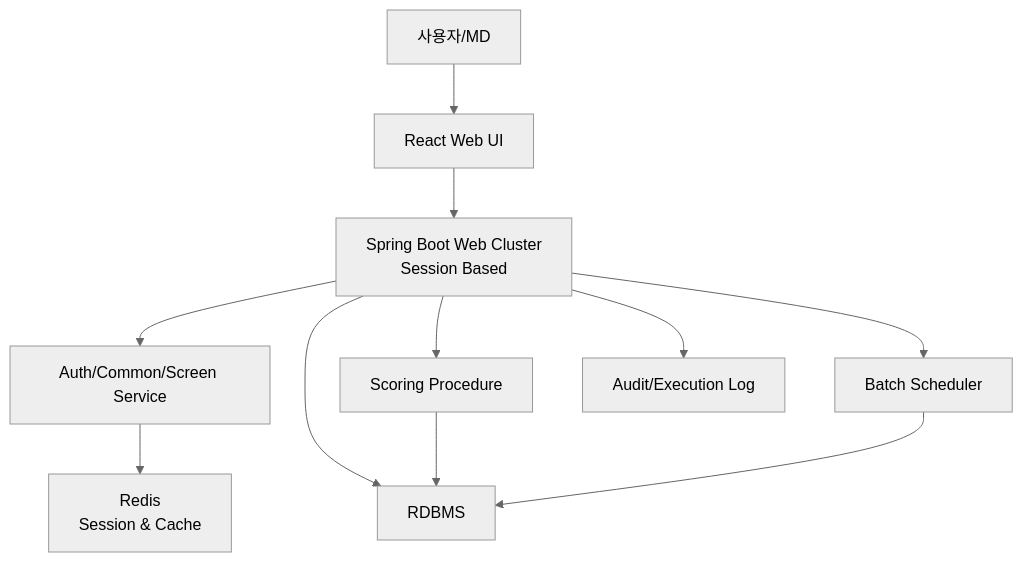
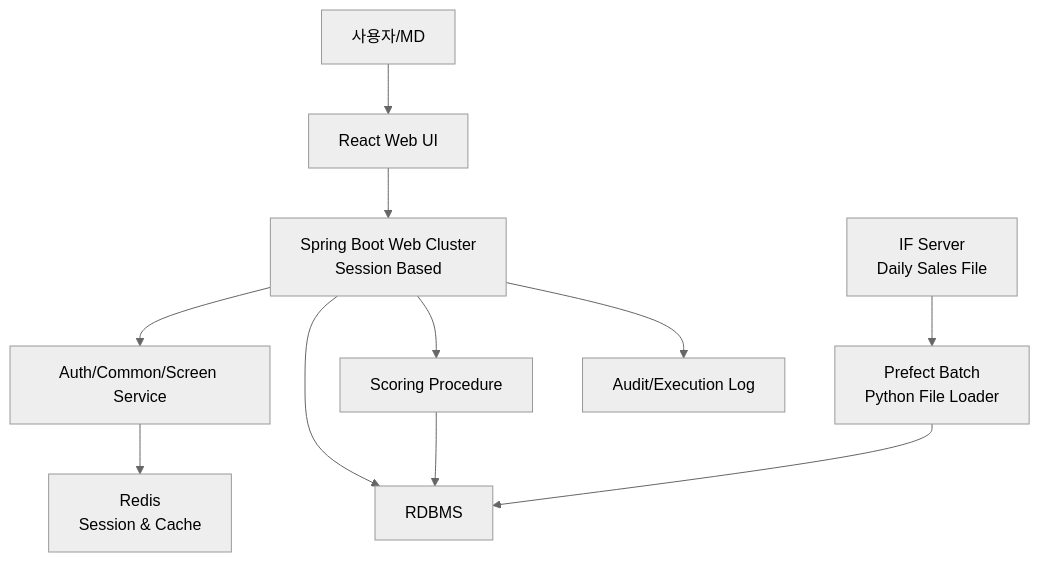
Before and after one commit to toughskg/pog: the second of 2 diagrams in pog_design.md, drawn with Mermaid (neutral theme). The commit also changed other lines of this file and 1 other file, not shown here.

Commit message:
Add batch interface design

````diff
--- a/pog_design.md
+++ b/pog_design.md
@@ -60,13 +61,15 @@
 ```mermaid
 flowchart TD
     U["사용자/MD"] --> R["React Web UI"]
     R --> A["Spring Boot Web Cluster<br/>Session Based"]
     A --> C["Auth/Common/Screen Service"]
     C --> RD["Redis<br/>Session & Cache"]
     A --> DB["RDBMS"]
     A --> P["Scoring Procedure"]
     P --> DB
-    A --> B["Batch Scheduler"]
+    IF["IF Server<br/>Daily Sales File"]
+    B["Prefect Batch<br/>Python File Loader"]
+    IF --> B
     B --> DB
     A --> L["Audit/Execution Log"]
 ```
````
